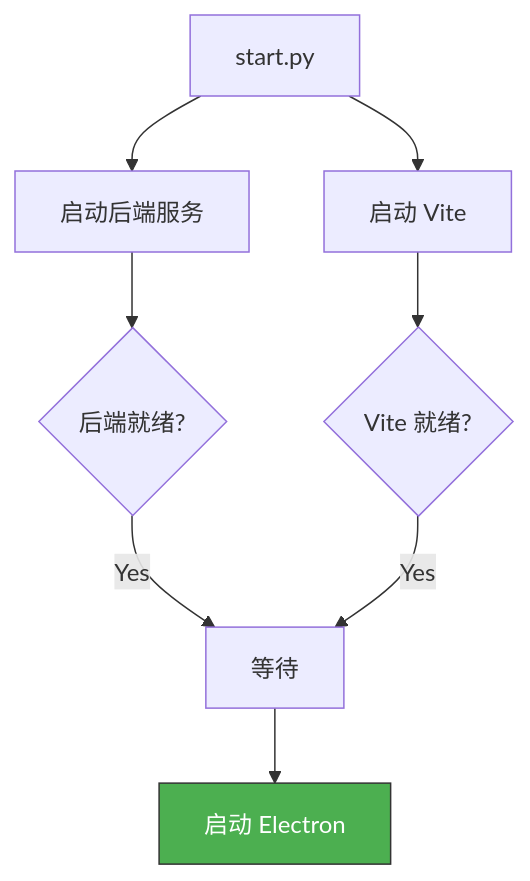
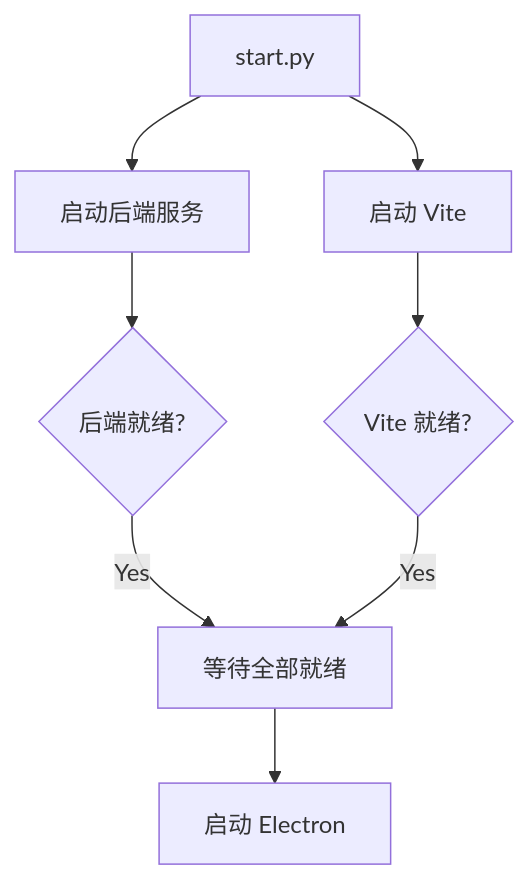
The ninth of 13 diagrams in README.md (GTJasonMK/RSTA), drawn with Mermaid before and after one commit. The commit also changed other lines of this file, not shown here.

Commit message:
修改README图表显示bug

````diff
--- a/README.md
+++ b/README.md
@@ -336,12 +328,10 @@
 ```mermaid
 graph TD
     A[start.py] --> B[启动后端服务]
     A --> C[启动 Vite]
     B --> D{后端就绪?}
     C --> E{Vite 就绪?}
-    D -->|Yes| F[等待]
+    D -->|Yes| F[等待全部就绪]
     E -->|Yes| F
     F --> G[启动 Electron]
-
-    style G fill:#4caf50,stroke:#333,color:#fff
 ```
````
